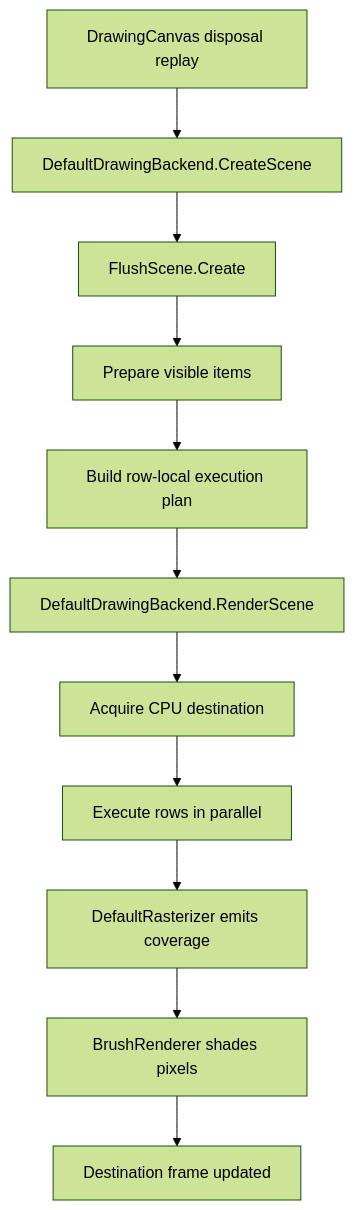
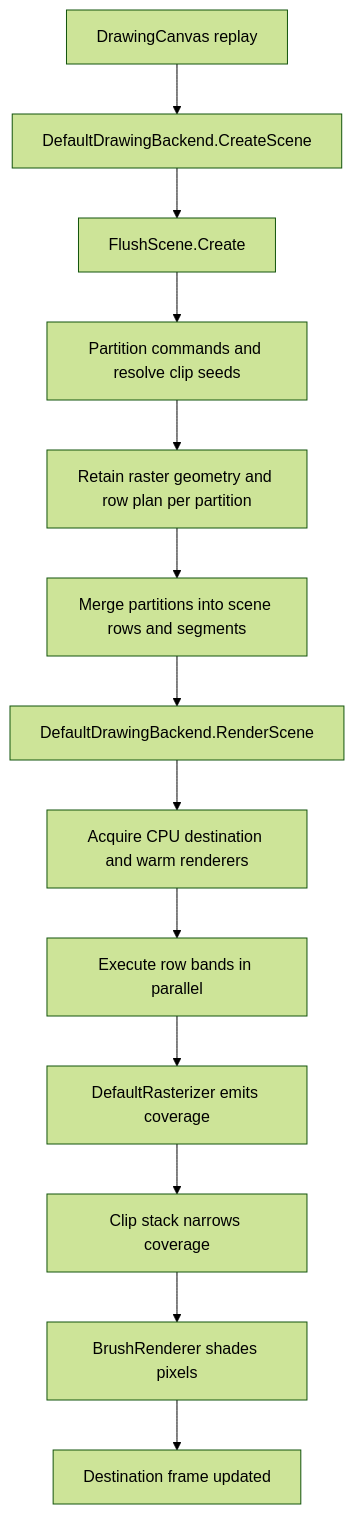
The first of 4 diagrams in src/ImageSharp.Drawing/Processing/Backends/DEFAULT_DRAWING_BACKEND.md (SixLabors/ImageSharp.Drawing), drawn with Mermaid (forest theme) before and after one commit. The commit also changed other lines of this file and 102 other files, not shown here.

````diff
--- a/src/ImageSharp.Drawing/Processing/Backends/DEFAULT_DRAWING_BACKEND.md
+++ b/src/ImageSharp.Drawing/Processing/Backends/DEFAULT_DRAWING_BACKEND.md
@@ -146,13 +150,15 @@
 ```mermaid
 flowchart TD
-    A[DrawingCanvas disposal replay] --> B[DefaultDrawingBackend.CreateScene]
+    A[DrawingCanvas replay] --> B[DefaultDrawingBackend.CreateScene]
     B --> C[FlushScene.Create]
-    C --> D[Prepare visible items]
-    D --> E[Build row-local execution plan]
-    E --> F[DefaultDrawingBackend.RenderScene]
-    F --> G[Acquire CPU destination]
-    G --> H[Execute rows in parallel]
-    H --> I[DefaultRasterizer emits coverage]
-    I --> J[BrushRenderer shades pixels]
-    J --> K[Destination frame updated]
+    C --> D[Partition commands and resolve clip seeds]
+    D --> E[Retain raster geometry and row plan per partition]
+    E --> F[Merge partitions into scene rows and segments]
+    F --> G[DefaultDrawingBackend.RenderScene]
+    G --> H[Acquire CPU destination and warm renderers]
+    H --> I[Execute row bands in parallel]
+    I --> J[DefaultRasterizer emits coverage]
+    J --> K[Clip stack narrows coverage]
+    K --> L[BrushRenderer shades pixels]
+    L --> M[Destination frame updated]
 ```
````
